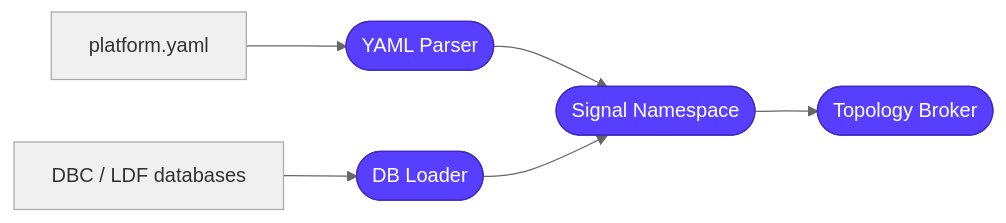
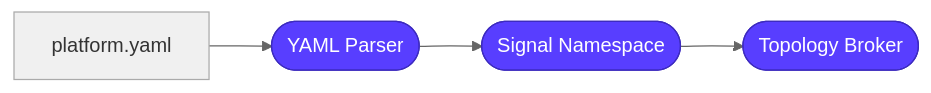
One commit to remotivelabs/remotivelabs-topology-examples changed the fifth of 10 diagrams in docs/architecture/architecture_elements.rst. Above: the diagram before and after it, drawn with Mermaid (neutral theme). The commit also changed other lines of this file and 8 other files, not shown here.

```diff
--- a/docs/architecture/architecture_elements.rst
+++ b/docs/architecture/architecture_elements.rst
@@ -128,17 +132,13 @@
 .. mermaid::
-   :caption: ARCH_SIGNAL_PIPELINE — signal ingestion pipeline
+   :caption: ARCH_TOPOLOGY_PARSE — platform topology parsing
 
    graph LR
        YAML["platform.yaml"]:::src
-       DBC["DBC / LDF databases"]:::src
        PARSE(["YAML Parser"]):::stage
-       LOAD(["DB Loader"]):::stage
        NS(["Signal Namespace"]):::stage
        BRK(["Topology Broker"]):::stage
        YAML --> PARSE
-       DBC --> LOAD
        PARSE --> NS
-       LOAD --> NS
        NS --> BRK
        classDef src fill:#f0f0f0,color:#333,stroke:#aaa
        classDef stage fill:#583eff,color:#fff,stroke:#3d2bbf
```
